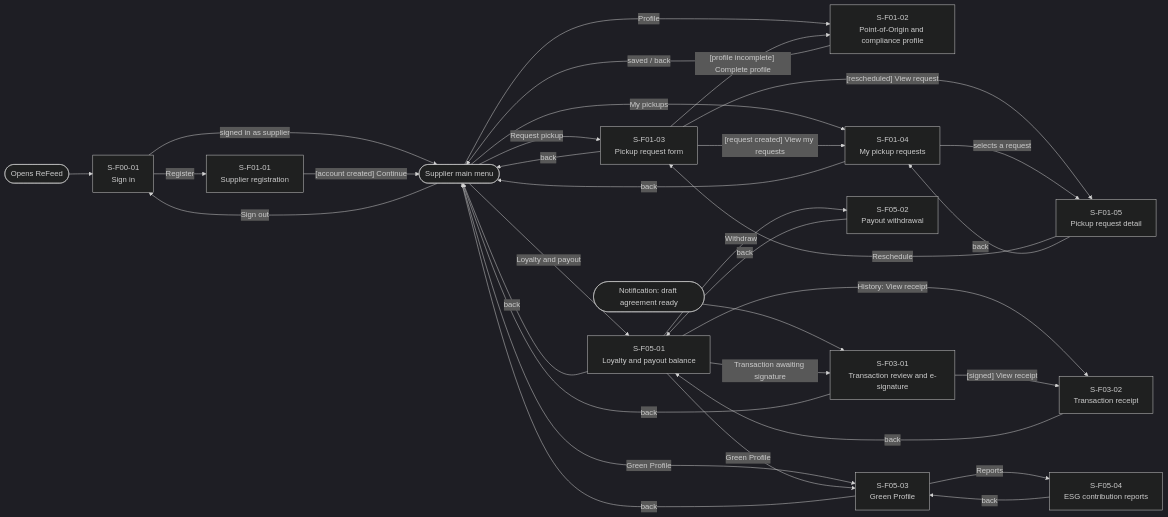
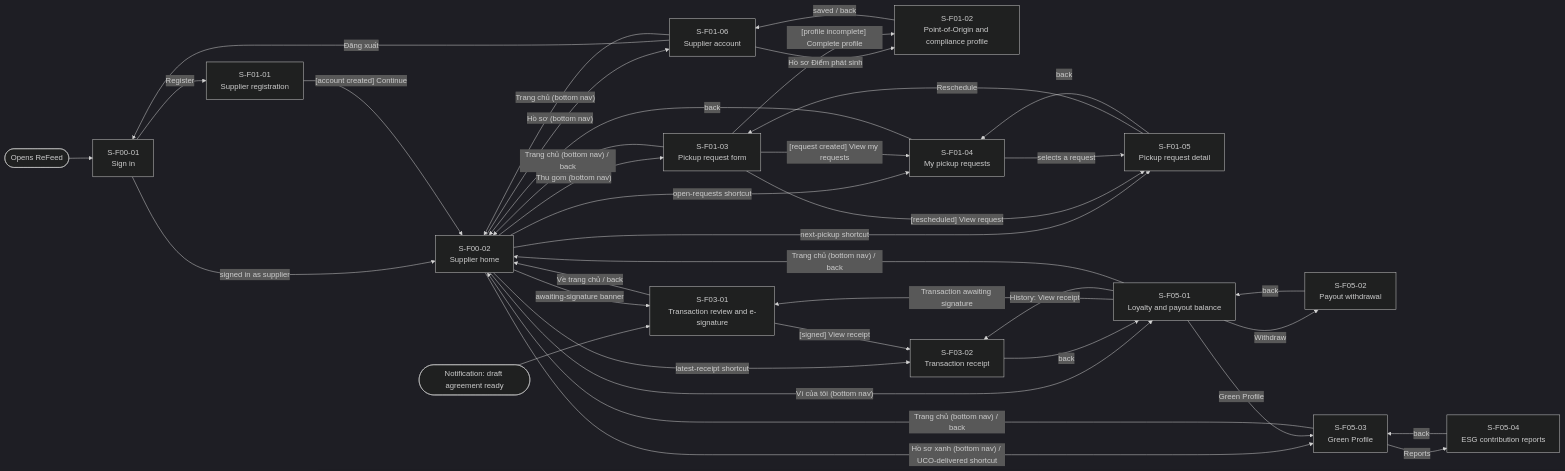
The first of 4 diagrams in docs/external-design/screen-transition.md (thuyvicbh-alt/DBIZ2---GROUP-D), drawn with Mermaid (dark theme) before and after one commit. The commit also changed other lines of this file, not shown here.

````diff
--- a/docs/external-design/screen-transition.md
+++ b/docs/external-design/screen-transition.md
@@ -5,50 +5,56 @@
 ```mermaid
 flowchart LR
   entry(["Opens ReFeed"])
   notif(["Notification: draft agreement ready"])
-  menu(["Supplier main menu"])
   S00_01["S-F00-01<br>Sign in"]
+  S00_02["S-F00-02<br>Supplier home"]
   S01_01["S-F01-01<br>Supplier registration"]
   S01_02["S-F01-02<br>Point-of-Origin and compliance profile"]
   S01_03["S-F01-03<br>Pickup request form"]
   S01_04["S-F01-04<br>My pickup requests"]
   S01_05["S-F01-05<br>Pickup request detail"]
+  S01_06["S-F01-06<br>Supplier account"]
   S03_01["S-F03-01<br>Transaction review and e-signature"]
   S03_02["S-F03-02<br>Transaction receipt"]
   S05_01["S-F05-01<br>Loyalty and payout balance"]
   S05_02["S-F05-02<br>Payout withdrawal"]
   S05_03["S-F05-03<br>Green Profile"]
   S05_04["S-F05-04<br>ESG contribution reports"]
   entry --> S00_01
   notif --> S03_01
   S00_01 -->|"Register"| S01_01
-  S00_01 -->|"signed in as supplier"| menu
-  S01_01 -->|"[account created] Continue"| menu
-  menu -->|"Profile"| S01_02
-  menu -->|"Request pickup"| S01_03
-  menu -->|"My pickups"| S01_04
-  menu -->|"Loyalty and payout"| S05_01
-  menu -->|"Green Profile"| S05_03
-  menu -->|"Sign out"| S00_01
-  S01_02 -->|"saved / back"| menu
+  S00_01 -->|"signed in as supplier"| S00_02
+  S01_01 -->|"[account created] Continue"| S00_02
+  S00_02 -->|"Hồ sơ (bottom nav)"| S01_06
+  S00_02 -->|"Thu gom (bottom nav)"| S01_03
+  S00_02 -->|"open-requests shortcut"| S01_04
+  S00_02 -->|"next-pickup shortcut"| S01_05
+  S00_02 -->|"awaiting-signature banner"| S03_01
+  S00_02 -->|"latest-receipt shortcut"| S03_02
+  S00_02 -->|"Ví của tôi (bottom nav)"| S05_01
+  S00_02 -->|"Hồ sơ xanh (bottom nav) / UCO-delivered shortcut"| S05_03
+  S01_06 -->|"Hồ sơ Điểm phát sinh"| S01_02
+  S01_06 -->|"Đăng xuất"| S00_01
+  S01_06 -->|"Trang chủ (bottom nav)"| S00_02
+  S01_02 -->|"saved / back"| S01_06
   S01_03 -->|"[profile incomplete] Complete profile"| S01_02
   S01_03 -->|"[request created] View my requests"| S01_04
   S01_03 -->|"[rescheduled] View request"| S01_05
-  S01_03 -->|"back"| menu
+  S01_03 -->|"Trang chủ (bottom nav) / back"| S00_02
   S01_04 -->|"selects a request"| S01_05
-  S01_04 -->|"back"| menu
+  S01_04 -->|"back"| S00_02
   S01_05 -->|"Reschedule"| S01_03
   S01_05 -->|"back"| S01_04
   S05_01 -->|"Transaction awaiting signature"| S03_01
   S05_01 -->|"History: View receipt"| S03_02
   S05_01 -->|"Withdraw"| S05_02
   S05_01 -->|"Green Profile"| S05_03
-  S05_01 -->|"back"| menu
+  S05_01 -->|"Trang chủ (bottom nav) / back"| S00_02
   S03_01 -->|"[signed] View receipt"| S03_02
-  S03_01 -->|"back"| menu
+  S03_01 -->|"Về trang chủ / back"| S00_02
   S03_02 -->|"back"| S05_01
   S05_02 -->|"back"| S05_01
   S05_03 -->|"Reports"| S05_04
-  S05_03 -->|"back"| menu
+  S05_03 -->|"Trang chủ (bottom nav) / back"| S00_02
   S05_04 -->|"back"| S05_03
 ```
````
